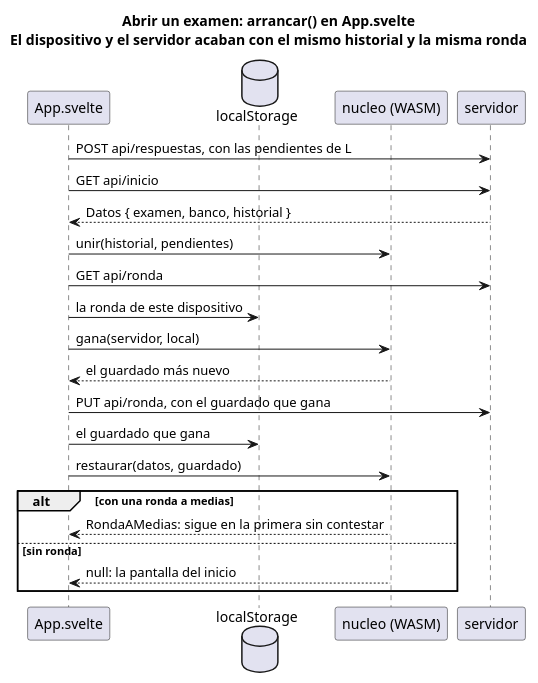
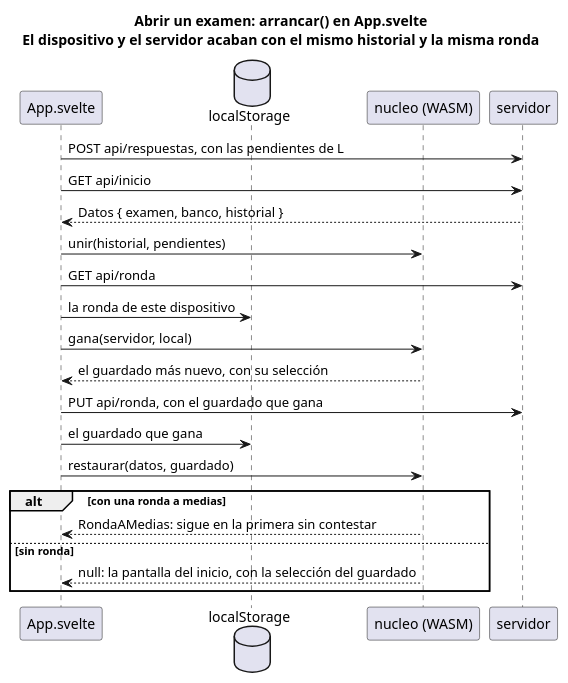
The diagram in docs/diagramas/abrir-un-examen.puml (jfdg01/examenes), drawn with PlantUML before and after one commit. The commit also changed 3 other files, not shown here.

First line of the commit message:
chore: los diagramas muestran la selección de apartados

```diff
--- a/docs/diagramas/abrir-un-examen.puml
+++ b/docs/diagramas/abrir-un-examen.puml
@@ -1,26 +1,26 @@
 @startuml abrir-un-examen
 skinparam shadowing false
 title Abrir un examen: arrancar() en App.svelte\nEl dispositivo y el servidor acaban con el mismo historial y la misma ronda
 
 participant "App.svelte" as App
 database localStorage as L
 participant "nucleo (WASM)" as N
 participant servidor as S
 
 App -> S : POST api/respuestas, con las pendientes de L
 App -> S : GET api/inicio
 S --> App : Datos { examen, banco, historial }
 App -> N : unir(historial, pendientes)
 App -> S : GET api/ronda
 App -> L : la ronda de este dispositivo
 App -> N : gana(servidor, local)
-N --> App : el guardado más nuevo
+N --> App : el guardado más nuevo, con su selección
 App -> S : PUT api/ronda, con el guardado que gana
 App -> L : el guardado que gana
 App -> N : restaurar(datos, guardado)
 alt con una ronda a medias
   N --> App : RondaAMedias: sigue en la primera sin contestar
 else sin ronda
-  N --> App : null: la pantalla del inicio
+  N --> App : null: la pantalla del inicio, con la selección del guardado
 end
 @enduml
```
